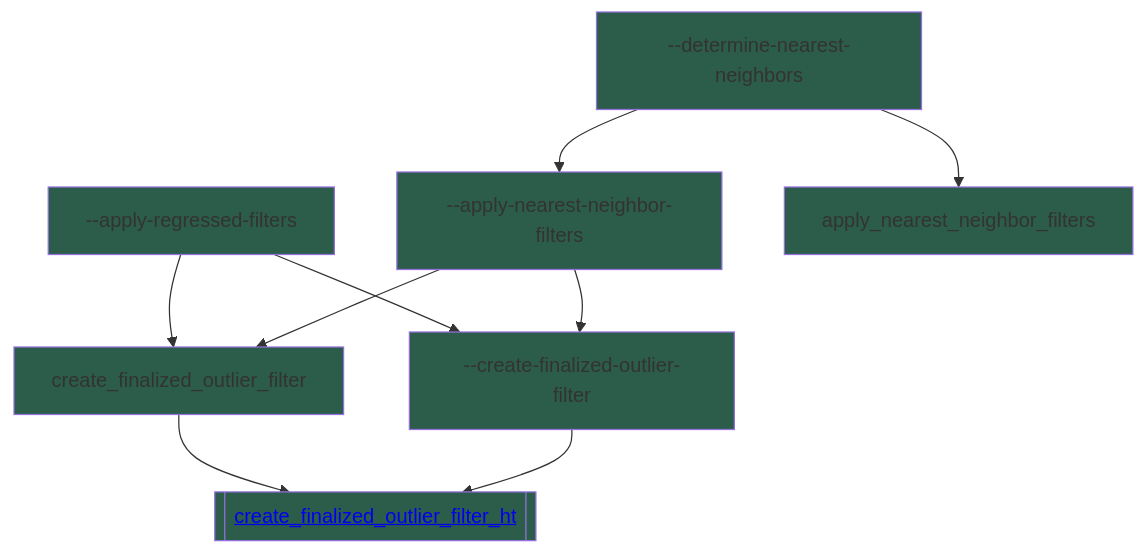
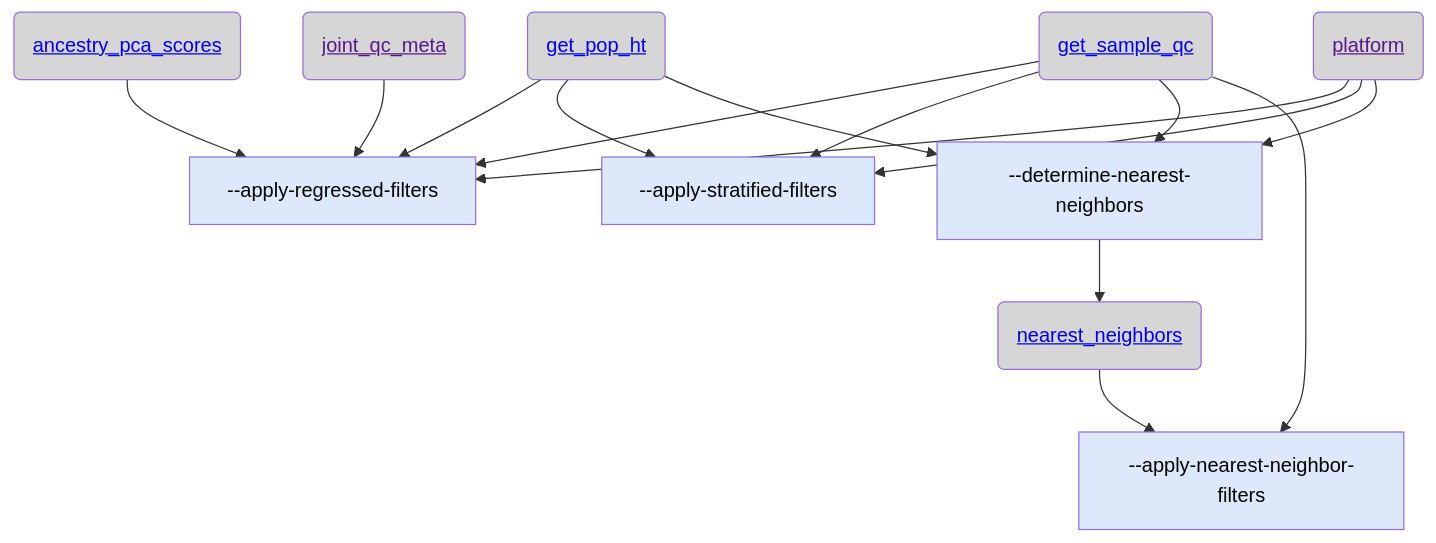
One commit to broadinstitute/gnomad_qc changed the third of 4 diagrams in gnomad_qc/v4/sample_qc/README.md. Above: the diagram before and after it, drawn with Mermaid. The commit also changed other lines of this file and 6 other files, not shown here.

````diff
--- a/gnomad_qc/v4/sample_qc/README.md
+++ b/gnomad_qc/v4/sample_qc/README.md
@@ -193,18 +259,33 @@
 ```mermaid
 flowchart TB;
-  classDef script_color fill:#2C5D4A
-  classDef step_color fill:#2C5D4A
-  classDef func_color fill:#2C5D4A
-  classDef gnomad_methods_color fill:#2C5D4A
-  classDef hail_color fill:#2C5D4A
-  classDef resource_color fill:#2C5D4A
-  classDef validity_check_color fill:#2C5D4A
-  apply-regressed-filters["--apply-regressed-filters"]:::step_color --> create_finalized_outlier_filter["create_finalized_outlier_filter"]:::step_color;
-  create_finalized_outlier_filter["create_finalized_outlier_filter"]:::step_color --> create_finalized_outlier_filter_ht[["<a href='https://github.com/broadinstitute/gnomad_qc/tree/main/gnomad_qc/v4/sample_qc/outlier_filtering.py#L587'>create_finalized_outlier_filter_ht</a>"]]:::func_color;
-  apply-nearest-neighbor-filters["--apply-nearest-neighbor-filters"]:::step_color --> create_finalized_outlier_filter["create_finalized_outlier_filter"]:::step_color;
-  determine-nearest-neighbors["--determine-nearest-neighbors"]:::step_color --> apply_nearest_neighbor_filters["apply_nearest_neighbor_filters"]:::step_color;
-  apply-regressed-filters["--apply-regressed-filters"]:::step_color --> create-finalized-outlier-filter["--create-finalized-outlier-filter"]:::step_color;
-  create-finalized-outlier-filter["--create-finalized-outlier-filter"]:::step_color --> create_finalized_outlier_filter_ht[["<a href='https://github.com/broadinstitute/gnomad_qc/tree/main/gnomad_qc/v4/sample_qc/outlier_filtering.py#L587'>create_finalized_outlier_filter_ht</a>"]]:::func_color;
-  determine-nearest-neighbors["--determine-nearest-neighbors"]:::step_color --> apply-nearest-neighbor-filters["--apply-nearest-neighbor-filters"]:::step_color;
-  apply-nearest-neighbor-filters["--apply-nearest-neighbor-filters"]:::step_color --> create-finalized-outlier-filter["--create-finalized-outlier-filter"]:::step_color;
+  classDef script_color fill:#2C5D4A,color:#000000
+  classDef step_color fill:#DDE9FB,color:#000000
+  classDef func_color fill:#E0D5E6,color:#000000
+  classDef gnomad_methods_color fill:#F9F2CE,color:#000000
+  classDef hail_color fill:#FAEACE,color:#000000
+  classDef resource_color fill:#D6D6D6,color:#000000
+  classDef validity_check_color fill:#2C5D4A,color:#000000
+  resource_get_sample_qc("<a href='https://github.com/broadinstitute/gnomad_qc/tree/main/gnomad_qc/v4/resources/sample_qc.py#L44'>get_sample_qc</a>"):::resource_color;
+  step_apply_regressed_filters["--apply-regressed-filters"]:::step_color;
+  resource_ancestry_pca_scores("<a href='https://github.com/broadinstitute/gnomad_qc/tree/main/gnomad_qc/v4/resources/sample_qc.py#L624'>ancestry_pca_scores</a>"):::resource_color;
+  resource_get_pop_ht("<a href='https://github.com/broadinstitute/gnomad_qc/tree/main/gnomad_qc/v4/resources/sample_qc.py#L698'>get_pop_ht</a>"):::resource_color;
+  resource_platform("<a href=''>platform</a>"):::resource_color;
+  resource_joint_qc_meta("<a href=''>joint_qc_meta</a>"):::resource_color;
+  step_apply_stratified_filters["--apply-stratified-filters"]:::step_color;
+  step_determine_nearest_neighbors["--determine-nearest-neighbors"]:::step_color;
+  resource_nearest_neighbors("<a href='https://github.com/broadinstitute/gnomad_qc/tree/main/gnomad_qc/v4/resources/sample_qc.py#L820'>nearest_neighbors</a>"):::resource_color;
+  step_apply_nearest_neighbor_filters["--apply-nearest-neighbor-filters"]:::step_color;  resource_get_sample_qc --> step_apply_regressed_filters;
+  resource_ancestry_pca_scores --> step_apply_regressed_filters;
+  resource_get_pop_ht --> step_apply_regressed_filters;
+  resource_platform --> step_apply_regressed_filters;
+  resource_joint_qc_meta --> step_apply_regressed_filters;
+  resource_get_sample_qc --> step_apply_stratified_filters;
+  resource_get_pop_ht --> step_apply_stratified_filters;
+  resource_platform --> step_apply_stratified_filters;
+  resource_get_sample_qc --> step_determine_nearest_neighbors;
+  resource_get_pop_ht --> step_determine_nearest_neighbors;
+  resource_platform --> step_determine_nearest_neighbors;
+  step_determine_nearest_neighbors --> resource_nearest_neighbors;
+  resource_nearest_neighbors --> step_apply_nearest_neighbor_filters;
+  resource_get_sample_qc --> step_apply_nearest_neighbor_filters;
 ```
````
